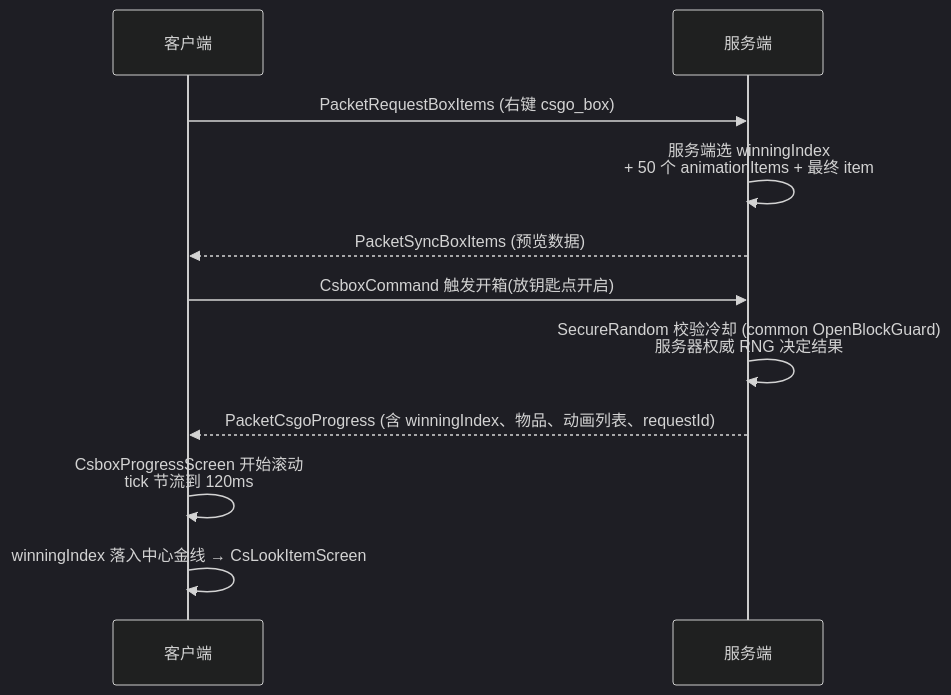
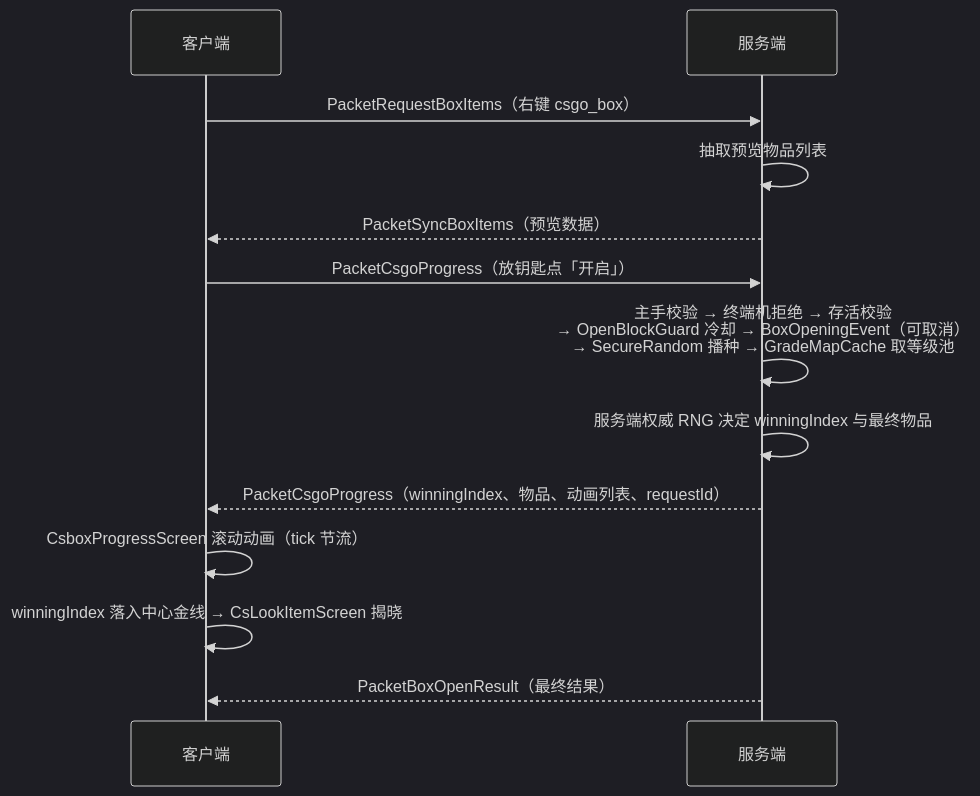
Before and after one commit to wikkd/CS2-Box: the diagram in docs/ARCHITECTURE.md, drawn with Mermaid (dark theme). The commit also changed other lines of this file and 404 other files, not shown here.

````diff
--- a/docs/ARCHITECTURE.md
+++ b/docs/ARCHITECTURE.md
@@ -74,13 +197,15 @@
 ```mermaid
 sequenceDiagram
     participant C as 客户端
     participant S as 服务端
-    C->>S: PacketRequestBoxItems (右键 csgo_box)
-    S->>S: 服务端选 winningIndex<br/>+ 50 个 animationItems + 最终 item
-    S-->>C: PacketSyncBoxItems (预览数据)
-    C->>S: CsboxCommand 触发开箱(放钥匙点开启)
-    S->>S: SecureRandom 校验冷却 (common OpenBlockGuard)<br/>服务器权威 RNG 决定结果
-    S-->>C: PacketCsgoProgress (含 winningIndex、物品、动画列表、requestId)
-    C->>C: CsboxProgressScreen 开始滚动<br/>tick 节流到 120ms
-    C->>C: winningIndex 落入中心金线 → CsLookItemScreen
+    C->>S: PacketRequestBoxItems（右键 csgo_box）
+    S->>S: 抽取预览物品列表
+    S-->>C: PacketSyncBoxItems（预览数据）
+    C->>S: PacketCsgoProgress（放钥匙点「开启」）
+    S->>S: 主手校验 → 终端机拒绝 → 存活校验<br/>→ OpenBlockGuard 冷却 → BoxOpeningEvent（可取消）<br/>→ SecureRandom 播种 → GradeMapCache 取等级池
+    S->>S: 服务端权威 RNG 决定 winningIndex 与最终物品
+    S-->>C: PacketCsgoProgress（winningIndex、物品、动画列表、requestId）
+    C->>C: CsboxProgressScreen 滚动动画（tick 节流）
+    C->>C: winningIndex 落入中心金线 → CsLookItemScreen 揭晓
+    S-->>C: PacketBoxOpenResult（最终结果）
 ```
````
